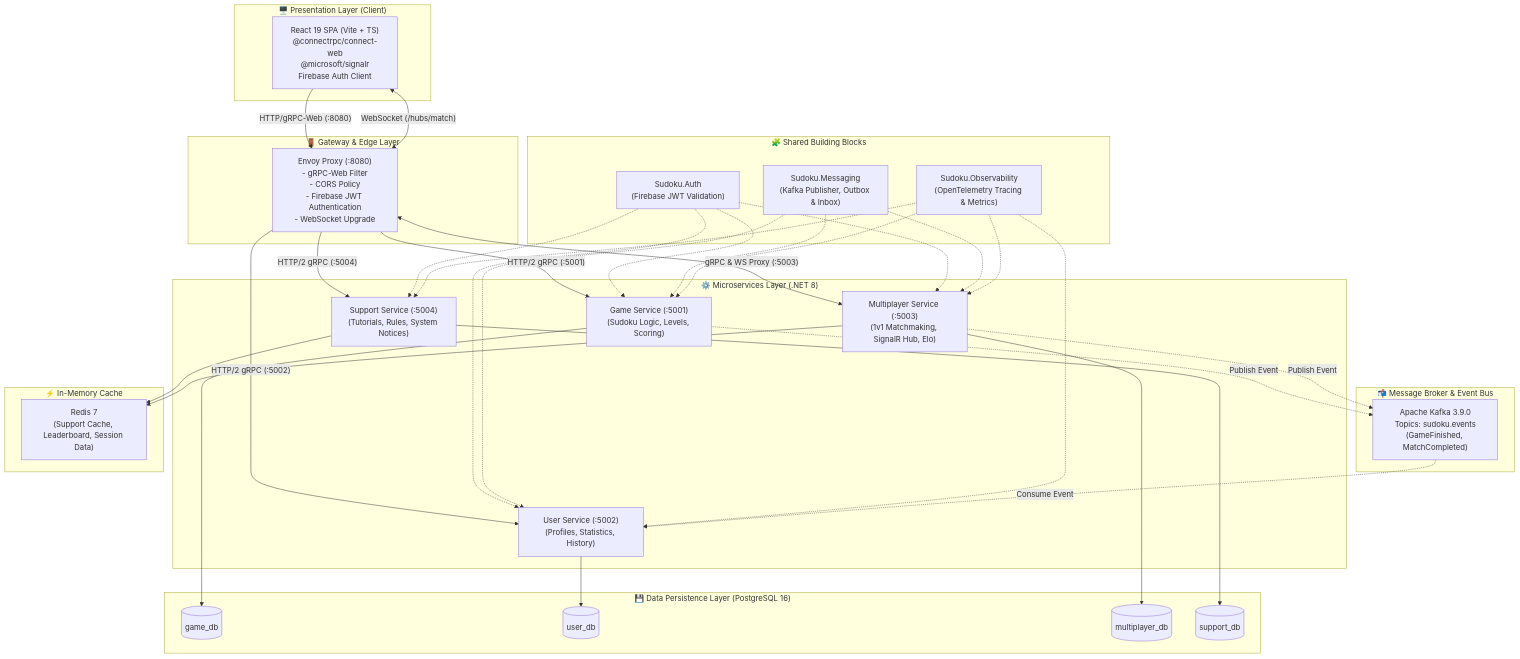
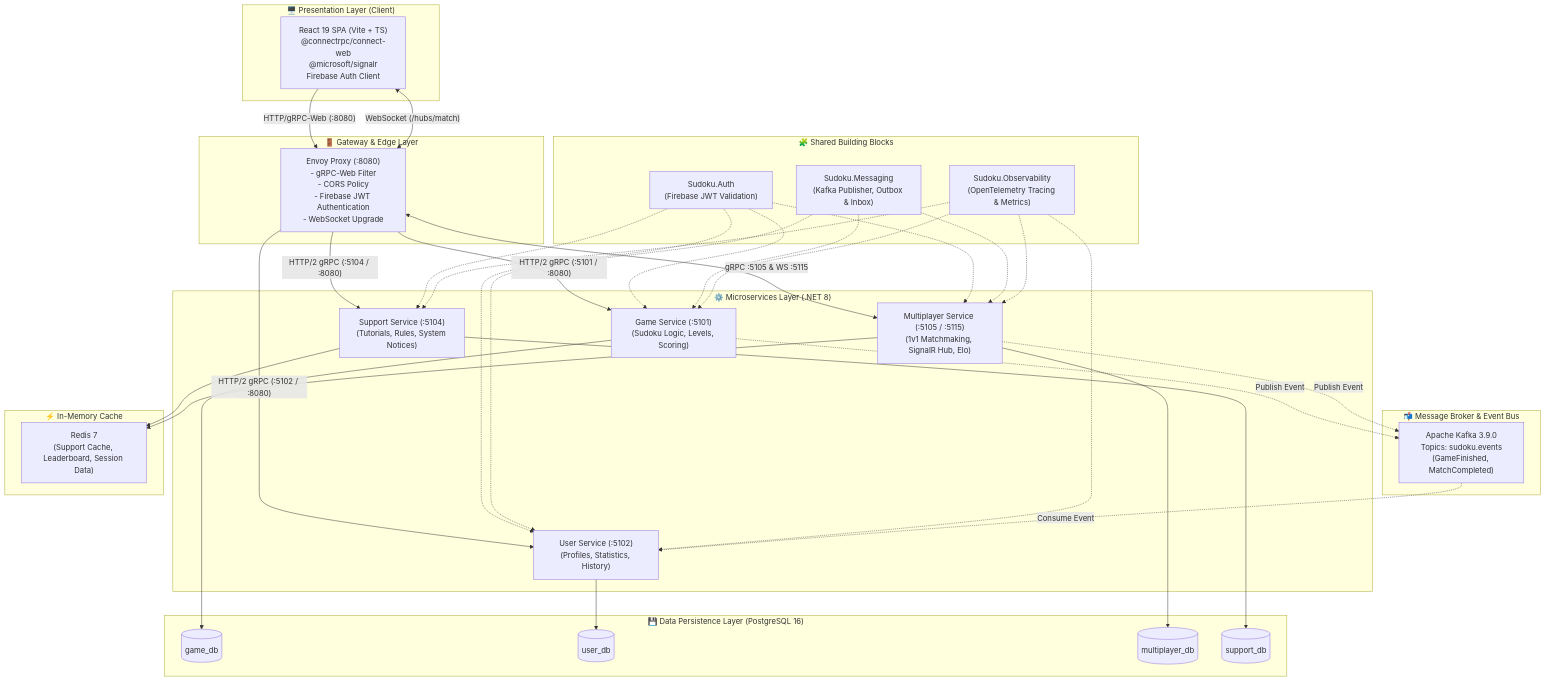
The first of 3 diagrams in ARCHITECTURE.md (Artoriaaas/PRN_ASM), drawn with Mermaid before and after one commit. The commit also changed other lines of this file and 4 other files, not shown here.

````diff
--- a/ARCHITECTURE.md
+++ b/ARCHITECTURE.md
@@ -21,68 +21,68 @@
 ```mermaid
 flowchart TD
     subgraph ClientLayer["🖥️ Presentation Layer (Client)"]
         UI["React 19 SPA (Vite + TS)\n@connectrpc/connect-web\n@microsoft/signalr\nFirebase Auth Client"]
     end
 
     subgraph GatewayLayer["🚪 Gateway & Edge Layer"]
         Envoy["Envoy Proxy (:8080)\n- gRPC-Web Filter\n- CORS Policy\n- Firebase JWT Authentication\n- WebSocket Upgrade"]
     end
 
     subgraph ServiceLayer["⚙️ Microservices Layer (.NET 8)"]
-        GameSvc["Game Service (:5001)\n(Sudoku Logic, Levels, Scoring)"]
-        UserSvc["User Service (:5002)\n(Profiles, Statistics, History)"]
-        MultiSvc["Multiplayer Service (:5003)\n(1v1 Matchmaking, SignalR Hub, Elo)"]
-        SupportSvc["Support Service (:5004)\n(Tutorials, Rules, System Notices)"]
+        GameSvc["Game Service (:5101)\n(Sudoku Logic, Levels, Scoring)"]
+        UserSvc["User Service (:5102)\n(Profiles, Statistics, History)"]
+        MultiSvc["Multiplayer Service (:5105 / :5115)\n(1v1 Matchmaking, SignalR Hub, Elo)"]
+        SupportSvc["Support Service (:5104)\n(Tutorials, Rules, System Notices)"]
     end
 
     subgraph BuildingBlocks["🧩 Shared Building Blocks"]
         AuthLib["Sudoku.Auth\n(Firebase JWT Validation)"]
         MsgLib["Sudoku.Messaging\n(Kafka Publisher, Outbox & Inbox)"]
         ObsLib["Sudoku.Observability\n(OpenTelemetry Tracing & Metrics)"]
     end
 
     subgraph MessageBrokerLayer["📬 Message Broker & Event Bus"]
         Kafka["Apache Kafka 3.9.0\nTopics: sudoku.events\n(GameFinished, MatchCompleted)"]
     end
 
     subgraph CacheLayer["⚡ In-Memory Cache"]
         Redis["Redis 7\n(Support Cache, Leaderboard, Session Data)"]
     end
 
     subgraph PersistenceLayer["💾 Data Persistence Layer (PostgreSQL 16)"]
         DB_Game[("game_db")]
         DB_User[("user_db")]
         DB_Multi[("multiplayer_db")]
         DB_Support[("support_db")]
     end
 
     %% Client to Gateway
     UI -->|"HTTP/gRPC-Web (:8080)"| Envoy
     UI <-->|"WebSocket (/hubs/match)"| Envoy
 
     %% Gateway to Services
-    Envoy -->|"HTTP/2 gRPC (:5001)"| GameSvc
-    Envoy -->|"HTTP/2 gRPC (:5002)"| UserSvc
-    Envoy <-->|"gRPC & WS Proxy (:5003)"| MultiSvc
-    Envoy -->|"HTTP/2 gRPC (:5004)"| SupportSvc
+    Envoy -->|"HTTP/2 gRPC (:5101 / :8080)"| GameSvc
+    Envoy -->|"HTTP/2 gRPC (:5102 / :8080)"| UserSvc
+    Envoy <-->|"gRPC :5105 & WS :5115"| MultiSvc
+    Envoy -->|"HTTP/2 gRPC (:5104 / :8080)"| SupportSvc
 
     %% Shared Library Attachments
     AuthLib -.-> GameSvc & UserSvc & MultiSvc & SupportSvc
     MsgLib -.-> GameSvc & UserSvc & MultiSvc
     ObsLib -.-> GameSvc & UserSvc & MultiSvc & SupportSvc
 
     %% Async Events
     GameSvc -.->|"Publish Event"| Kafka
     MultiSvc -.->|"Publish Event"| Kafka
     Kafka -.->|"Consume Event"| UserSvc
 
     %% Databases
     GameSvc --> DB_Game
     UserSvc --> DB_User
     MultiSvc --> DB_Multi
     SupportSvc --> DB_Support
 
     %% Cache
     SupportSvc --> Redis
     MultiSvc --> Redis
 ```
````
